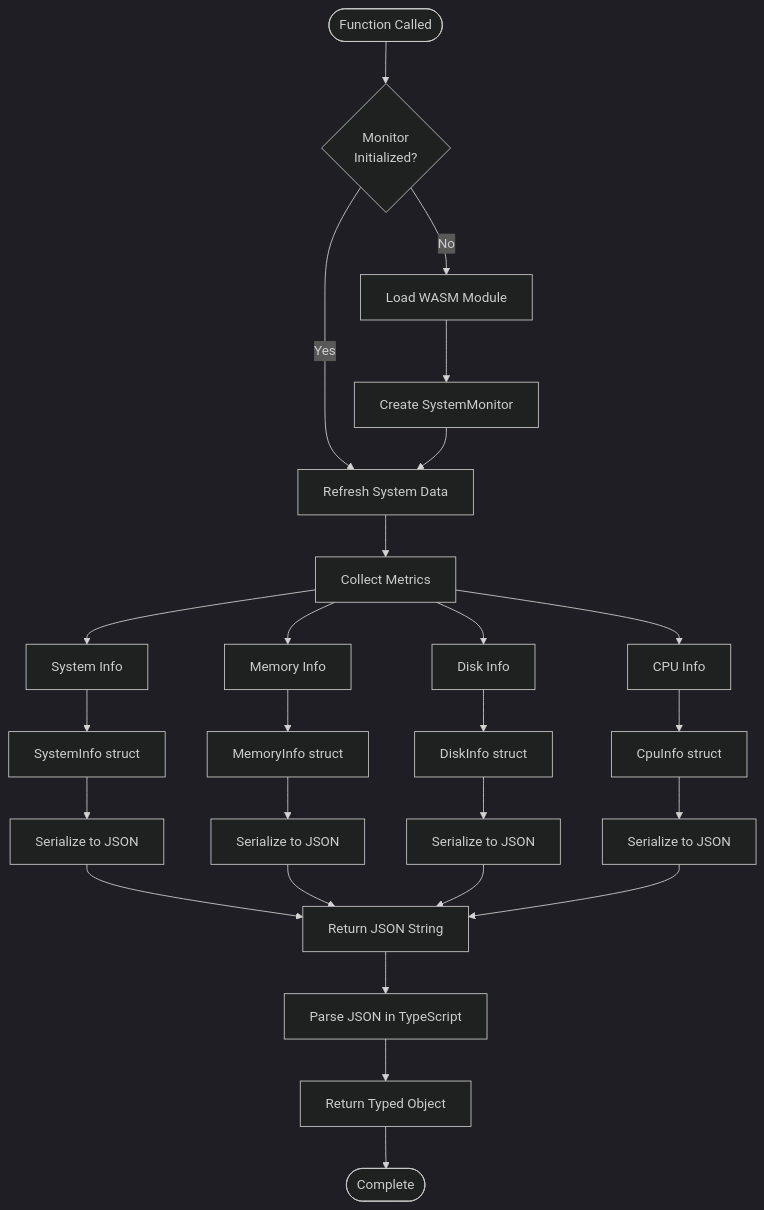
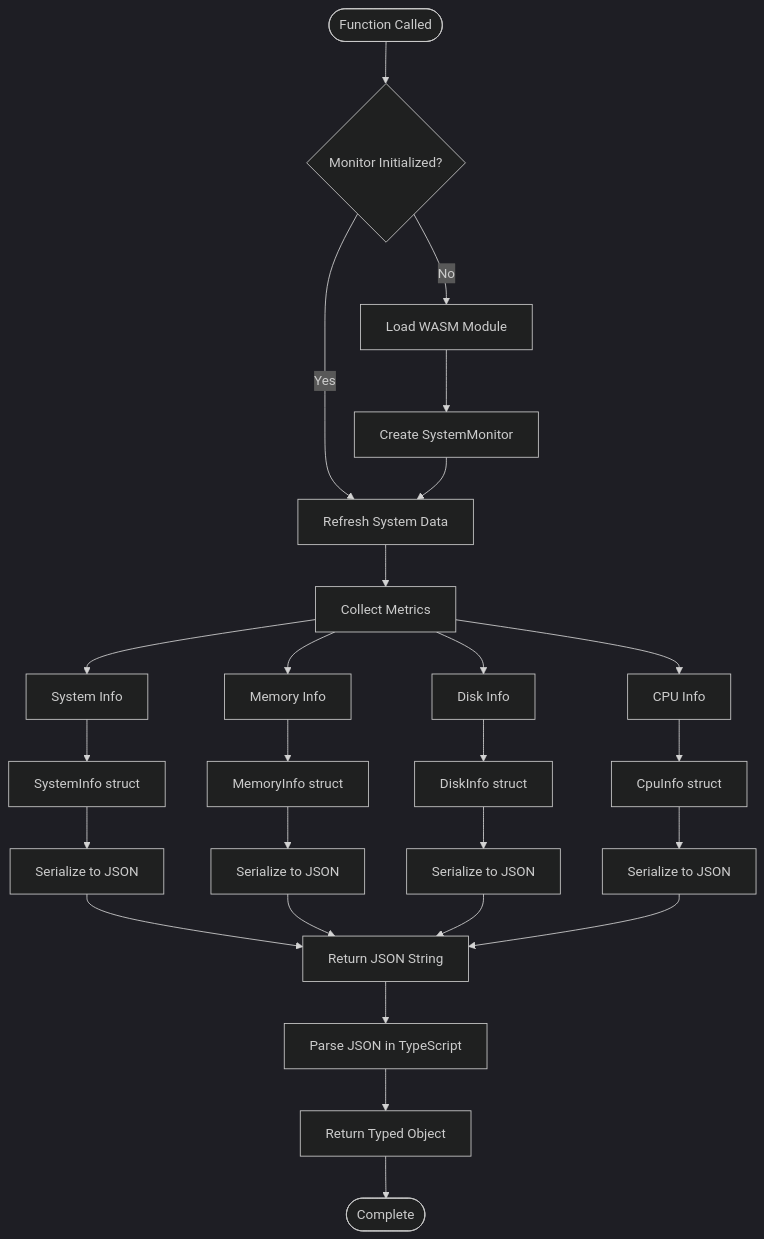
The fourth of 11 diagrams in wiki/Architecture.md (softwarewrighter/rust-wasm-monitor), drawn with Mermaid (dark theme) before and after one commit. The commit also changed other lines of this file and 6 other files, not shown here.

````diff
--- a/wiki/Architecture.md
+++ b/wiki/Architecture.md
@@ -240,34 +240,34 @@
 ```mermaid
 flowchart TD
-    START([Function Called]) --> CHECK{Monitor<br/>Initialized?}
+    START([Function Called]) --> CHECK{Monitor Initialized?}
     CHECK -->|No| LOAD[Load WASM Module]
     CHECK -->|Yes| REFRESH
     LOAD --> CREATE[Create SystemMonitor]
     CREATE --> REFRESH[Refresh System Data]
 
     REFRESH --> COLLECT[Collect Metrics]
 
     COLLECT --> SYS[System Info]
     COLLECT --> MEM[Memory Info]
     COLLECT --> DISK[Disk Info]
     COLLECT --> CPU[CPU Info]
 
     SYS --> STRUCT1[SystemInfo struct]
     MEM --> STRUCT2[MemoryInfo struct]
     DISK --> STRUCT3[DiskInfo struct]
     CPU --> STRUCT4[CpuInfo struct]
 
     STRUCT1 --> SERIALIZE1[Serialize to JSON]
     STRUCT2 --> SERIALIZE2[Serialize to JSON]
     STRUCT3 --> SERIALIZE3[Serialize to JSON]
     STRUCT4 --> SERIALIZE4[Serialize to JSON]
 
     SERIALIZE1 --> RETURN[Return JSON String]
     SERIALIZE2 --> RETURN
     SERIALIZE3 --> RETURN
     SERIALIZE4 --> RETURN
 
     RETURN --> PARSE[Parse JSON in TypeScript]
     PARSE --> TYPED[Return Typed Object]
     TYPED --> END([Complete])
 ```
````
